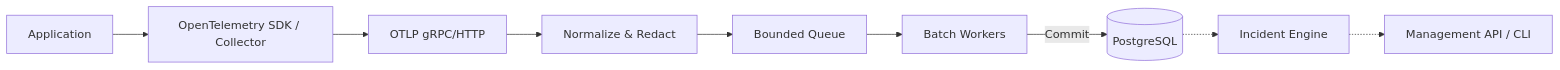
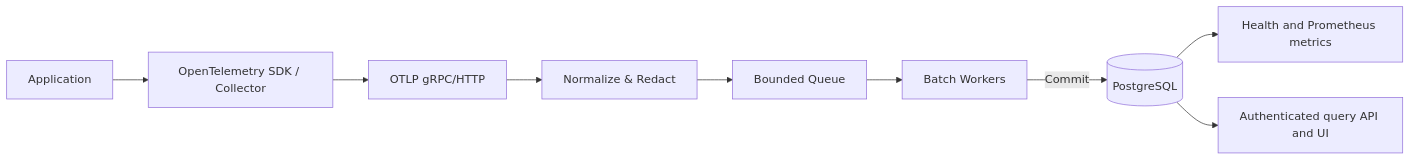
The diagram in README.md (vanquan3008/flight-recorder), drawn with Mermaid before and after one commit. The commit also changed other lines of this file and 3 other files, not shown here.

````diff
--- a/README.md
+++ b/README.md
@@ -9,11 +9,11 @@
 ```mermaid
 flowchart LR
     App[Application] --> OTel[OpenTelemetry SDK / Collector]
     OTel --> Receiver[OTLP gRPC/HTTP]
     Receiver --> Normalize[Normalize & Redact]
     Normalize --> Queue[Bounded Queue]
     Queue --> Batch[Batch Workers]
     Batch -->|Commit| PG[(PostgreSQL)]
-    PG -.-> Detect[Incident Engine]
-    Detect -.-> API[Management API / CLI]
+    PG --> Health[Health and Prometheus metrics]
+    PG --> API[Authenticated query API and UI]
 ```
````
